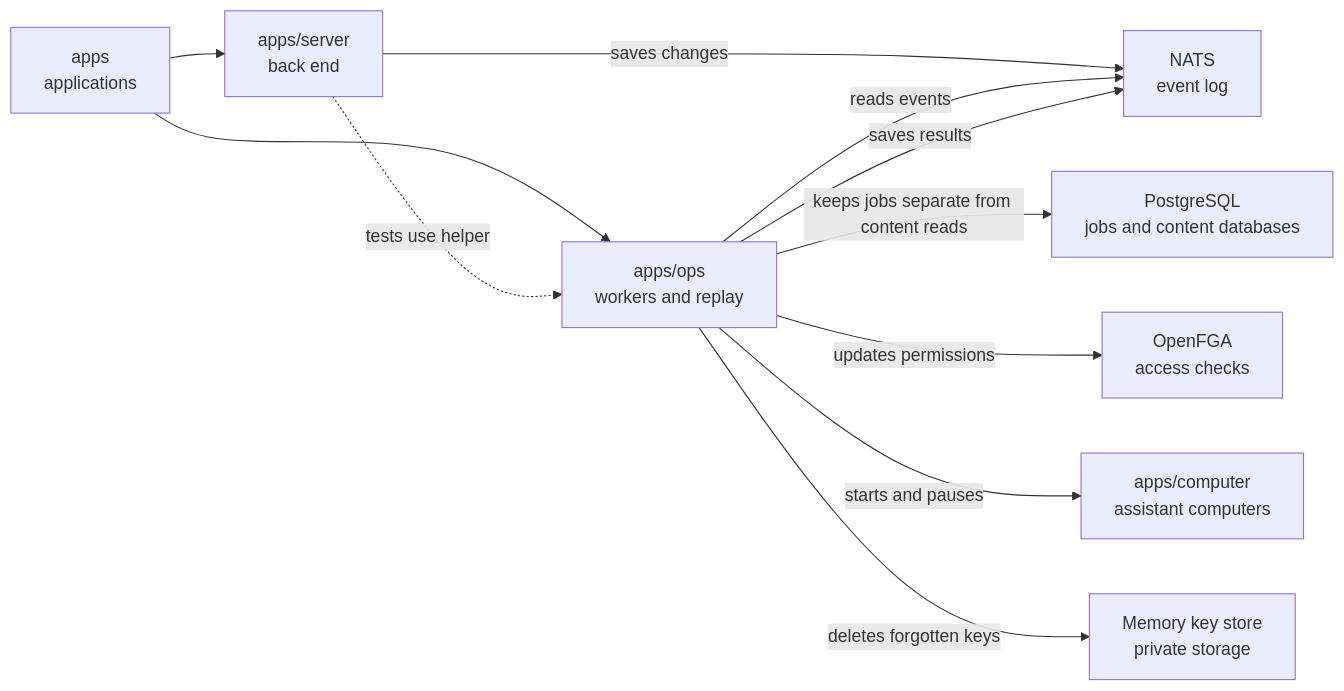
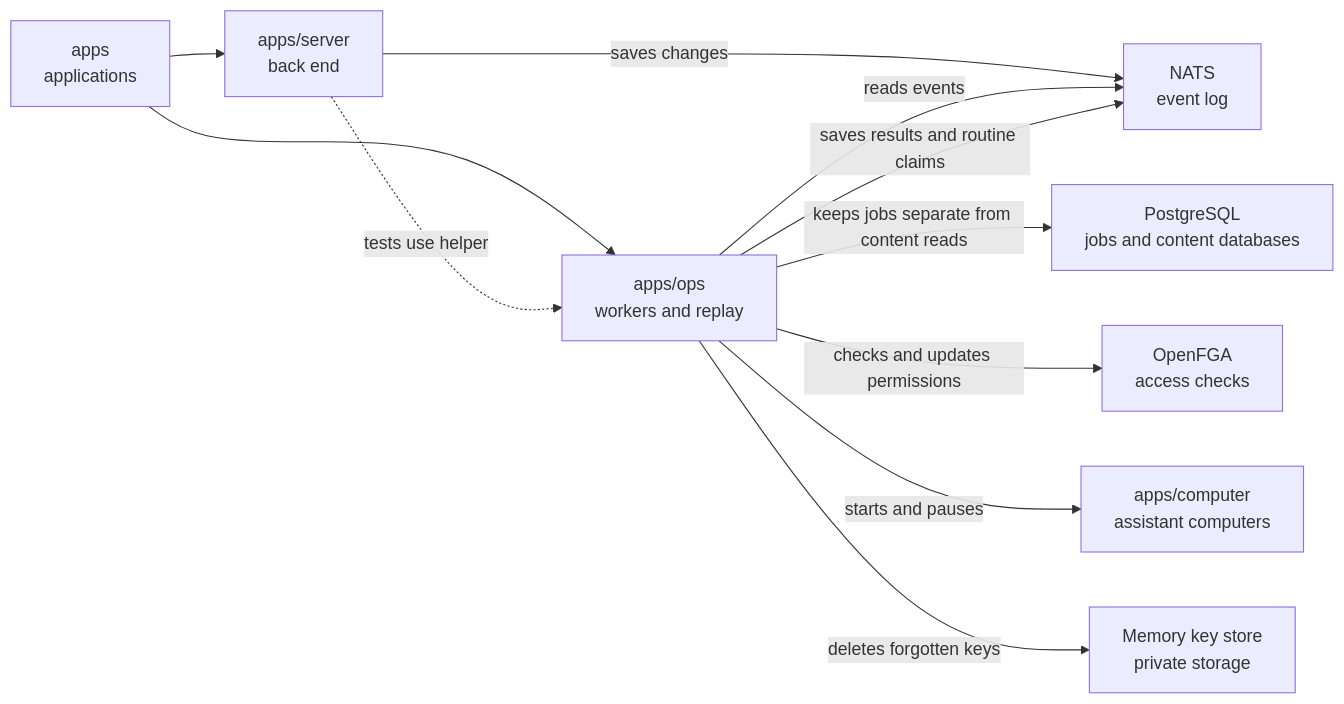
One commit to elewa-git/opencrane-new changed the diagram in apps/ops/README.md. Above: the diagram before and after it, drawn with Mermaid. The commit also changed other lines of this file and 11 other files, not shown here.

First line of the commit message:
⏱️ A scheduled routine occurrence is claimed once, only for an owner with current access, without starting it (#727)

````diff
--- a/apps/ops/README.md
+++ b/apps/ops/README.md
@@ -17,13 +17,13 @@
 ```mermaid
 flowchart LR
   apps["apps<br/>applications"] --> ops["apps/ops<br/>workers and replay"]
   apps --> server["apps/server<br/>back end"]
   server -.->|tests use helper| ops
   server -->|saves changes| nats["NATS<br/>event log"]
   ops -->|reads events| nats
-  ops -->|saves results| nats
+  ops -->|saves results and routine claims| nats
   ops -->|keeps jobs separate from content reads| pg["PostgreSQL<br/>jobs and content databases"]
-  ops -->|updates permissions| fga["OpenFGA<br/>access checks"]
+  ops -->|checks and updates permissions| fga["OpenFGA<br/>access checks"]
   ops -->|starts and pauses| computer["apps/computer<br/>assistant computers"]
   ops -->|deletes forgotten keys| keys["Memory key store<br/>private storage"]
 ```
````
